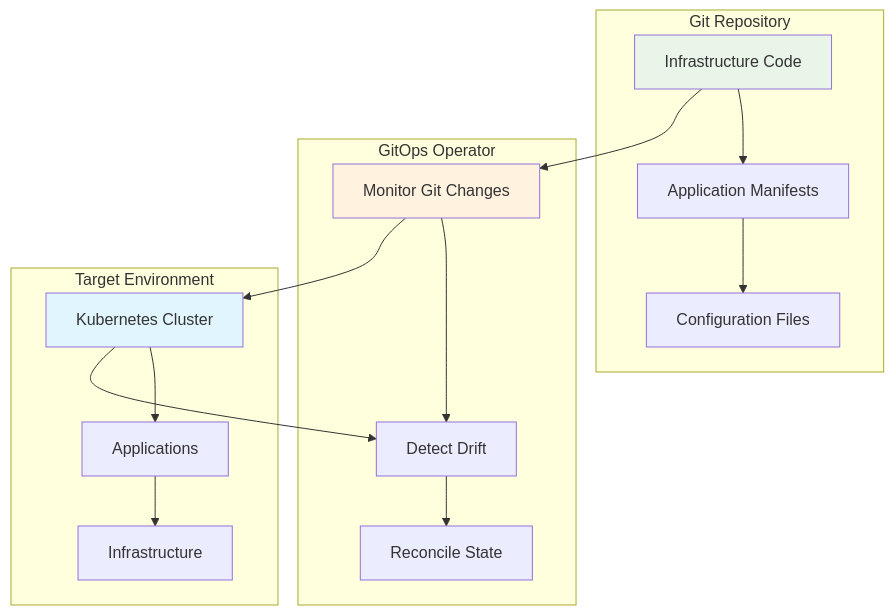
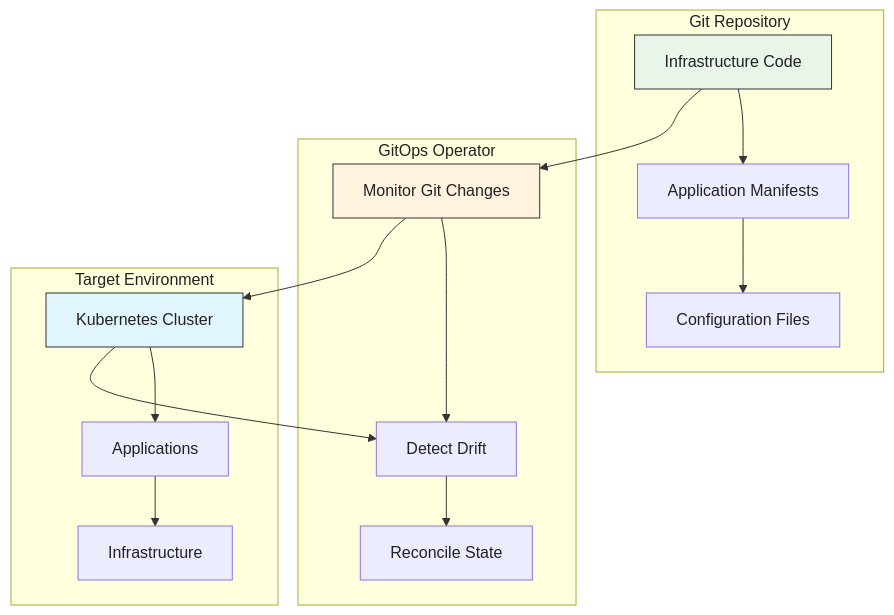
One commit to svenkatrav0408/ArgoCD-config changed the fourth of 8 diagrams in GitOps_document.md. Above: the diagram before and after it, drawn with Mermaid. The commit also changed other lines of this file, not shown here.

````diff
--- a/GitOps_document.md
+++ b/GitOps_document.md
@@ -133,25 +136,26 @@
 ```mermaid
+%%{init: {'theme':'default', 'themeVariables': { 'background': '#ffffff', 'primaryColor': '#e8f5e8', 'edgeLabelBackground':'#fff', 'textColor':'#222'}} }%%
 graph TD
     subgraph "Git Repository"
         A[Infrastructure Code] --> B[Application Manifests]
         B --> C[Configuration Files]
     end
-    
+
     subgraph "GitOps Operator"
         D[Monitor Git Changes] --> E[Detect Drift]
         E --> F[Reconcile State]
     end
-    
+
     subgraph "Target Environment"
         G[Kubernetes Cluster] --> H[Applications]
         H --> I[Infrastructure]
     end
-    
+
     A --> D
     D --> G
     G --> E
-    
-    style A fill:#e8f5e8
-    style D fill:#fff3e0
-    style G fill:#e1f5fe
+
+    style A fill:#e8f5e8,stroke:#333,stroke-width:1px
+    style D fill:#fff3e0,stroke:#333,stroke-width:1px
+    style G fill:#e1f5fe,stroke:#333,stroke-width:1px
 ```
````
